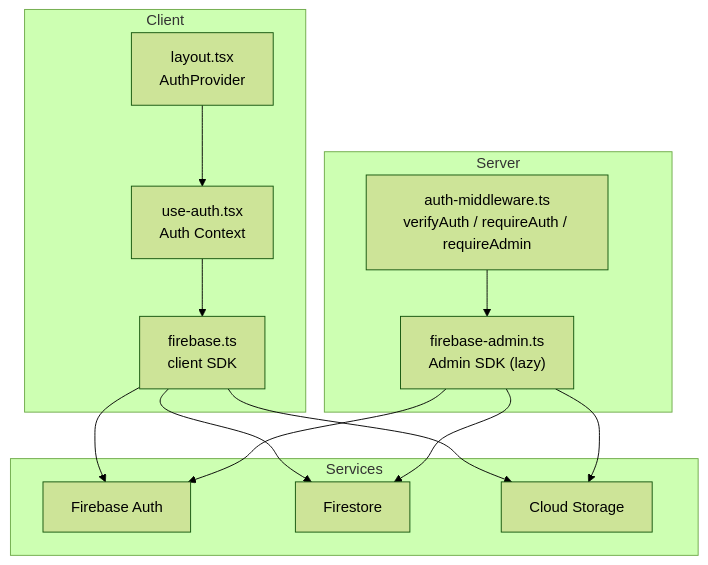
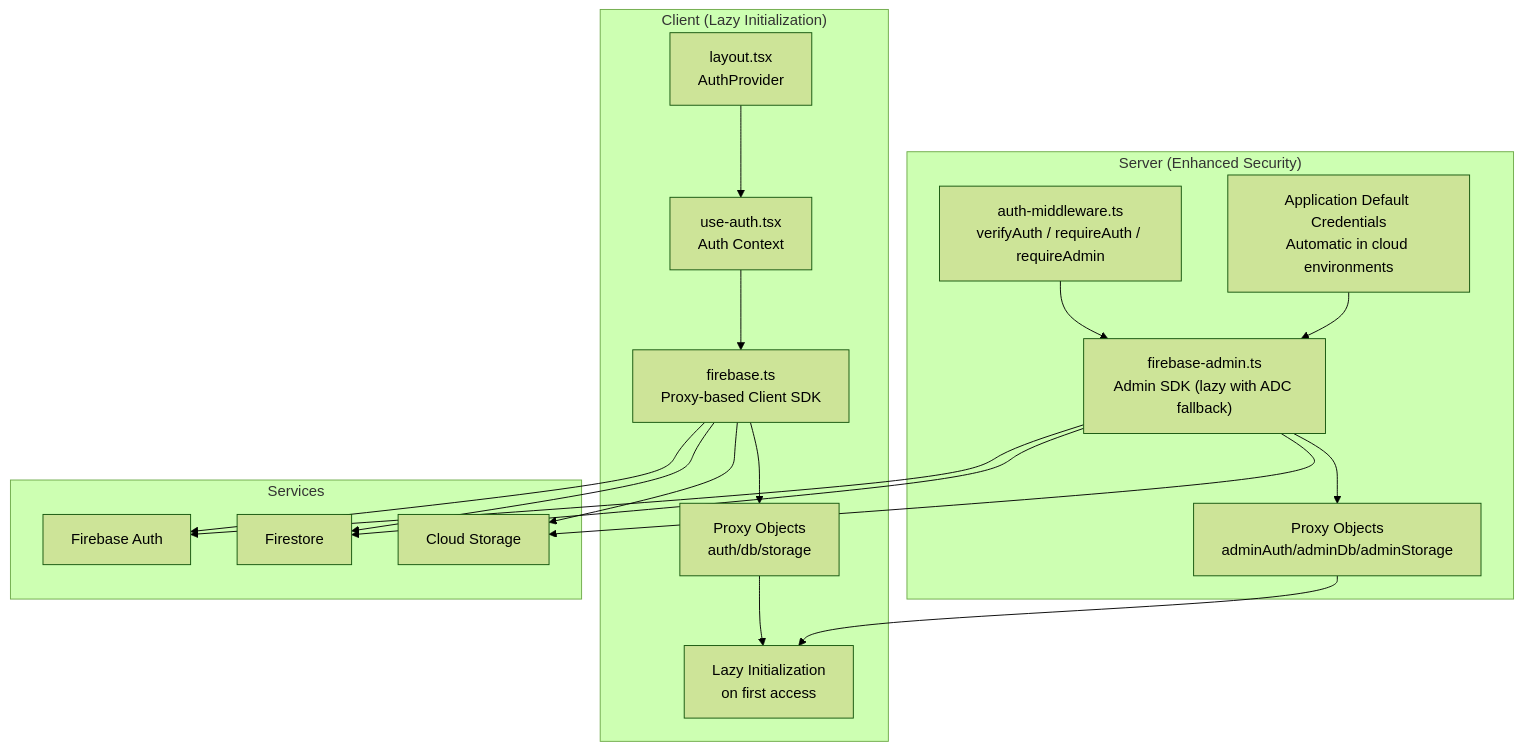
The first of 10 diagrams in .qoder/repowiki/en/content/Authentication System/Firebase Integration.md (alikizang/datafrica), drawn with Mermaid (forest theme) before and after one commit. The commit also changed other lines of this file and 23 other files, not shown here.

````diff
--- a/.qoder/repowiki/en/content/Authentication System/Firebase Integration.md
+++ b/.qoder/repowiki/en/content/Authentication System/Firebase Integration.md
@@ -38,26 +50,35 @@
 ```mermaid
 graph TB
-subgraph "Client"
+subgraph "Client (Lazy Initialization)"
 L["layout.tsx<br/>AuthProvider"]
 U["use-auth.tsx<br/>Auth Context"]
-F["firebase.ts<br/>client SDK"]
+F["firebase.ts<br/>Proxy-based Client SDK"]
+PROXY["Proxy Objects<br/>auth/db/storage"]
+ENDPOINT["Lazy Initialization<br/>on first access"]
 end
-subgraph "Server"
+subgraph "Server (Enhanced Security)"
 M["auth-middleware.ts<br/>verifyAuth / requireAuth / requireAdmin"]
-FA["firebase-admin.ts<br/>Admin SDK (lazy)"]
+FA["firebase-admin.ts<br/>Admin SDK (lazy with ADC fallback)"]
+PROXY2["Proxy Objects<br/>adminAuth/adminDb/adminStorage"]
+ADC["Application Default Credentials<br/>Automatic in cloud environments"]
 end
 subgraph "Services"
 AUTH["Firebase Auth"]
 DB["Firestore"]
 ST["Cloud Storage"]
 end
 L --> U
 U --> F
+F --> PROXY
+PROXY --> ENDPOINT
 M --> FA
+FA --> PROXY2
+PROXY2 --> ENDPOINT
+ADC --> FA
 F --> AUTH
 F --> DB
 F --> ST
 FA --> AUTH
 FA --> DB
 FA --> ST
 ```
````
